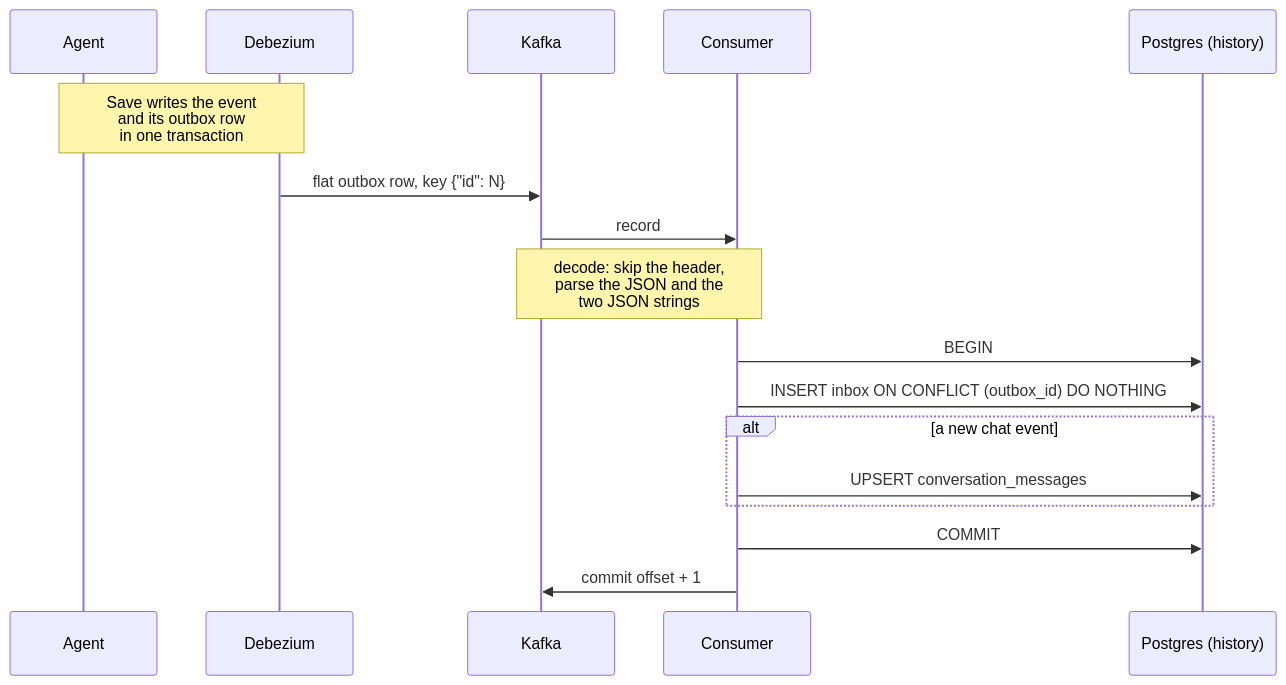
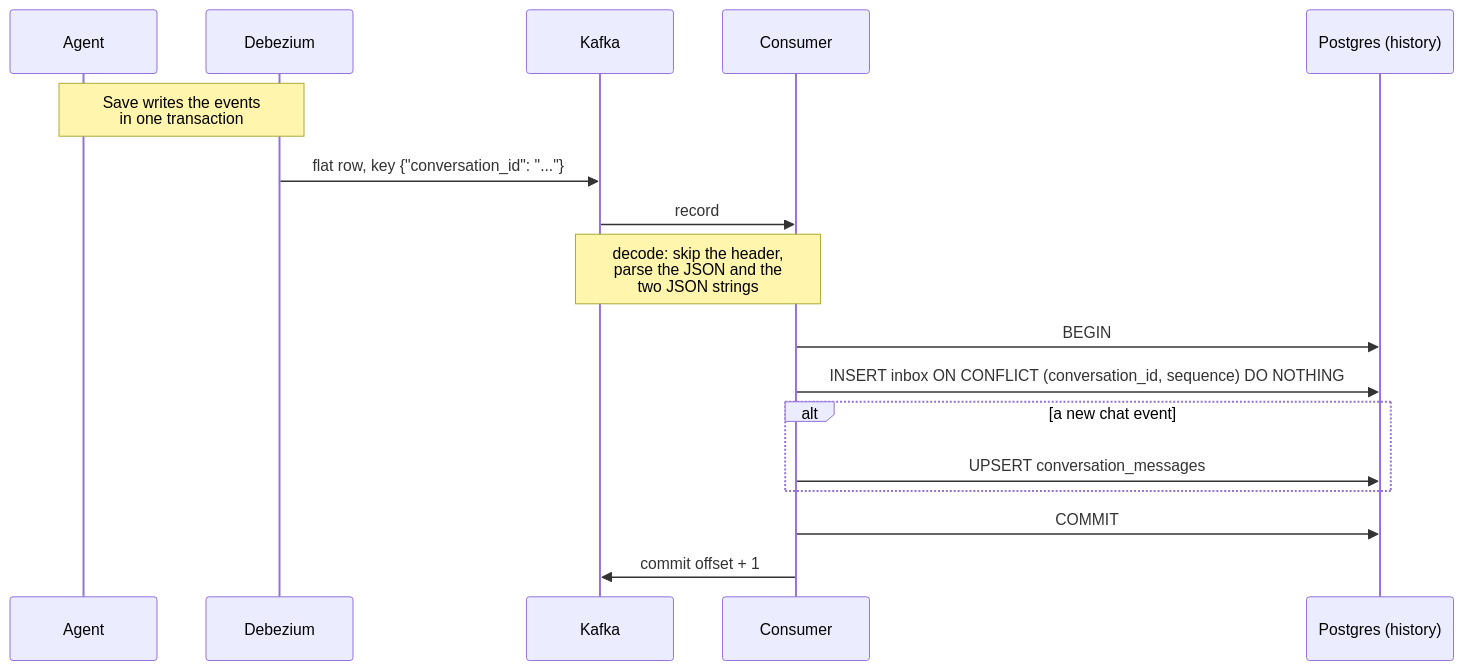
Before and after one commit to m-almeida-p/ms-ml-conv-history-bs: the first of 3 diagrams in docs/design.md, drawn with Mermaid. The commit also changed other lines of this file and 4 other files, not shown here.

````diff
--- a/docs/design.md
+++ b/docs/design.md
@@ -8,19 +8,19 @@
 ```mermaid
 sequenceDiagram
     participant A as Agent
     participant D as Debezium
     participant K as Kafka
     participant C as Consumer
     participant P as Postgres (history)
-    Note over A,D: Save writes the event<br/>and its outbox row<br/>in one transaction
-    D->>K: flat outbox row, key {"id": N}
+    Note over A,D: Save writes the events<br/>in one transaction
+    D->>K: flat row, key {"conversation_id": "..."}
     K->>C: record
     Note over K,C: decode: skip the header,<br/>parse the JSON and the<br/>two JSON strings
     C->>P: BEGIN
-    C->>P: INSERT inbox ON CONFLICT (outbox_id) DO NOTHING
+    C->>P: INSERT inbox ON CONFLICT (conversation_id, sequence) DO NOTHING
     alt a new chat event
         C->>P: UPSERT conversation_messages
     end
     C->>P: COMMIT
     C->>K: commit offset + 1
 ```
````
